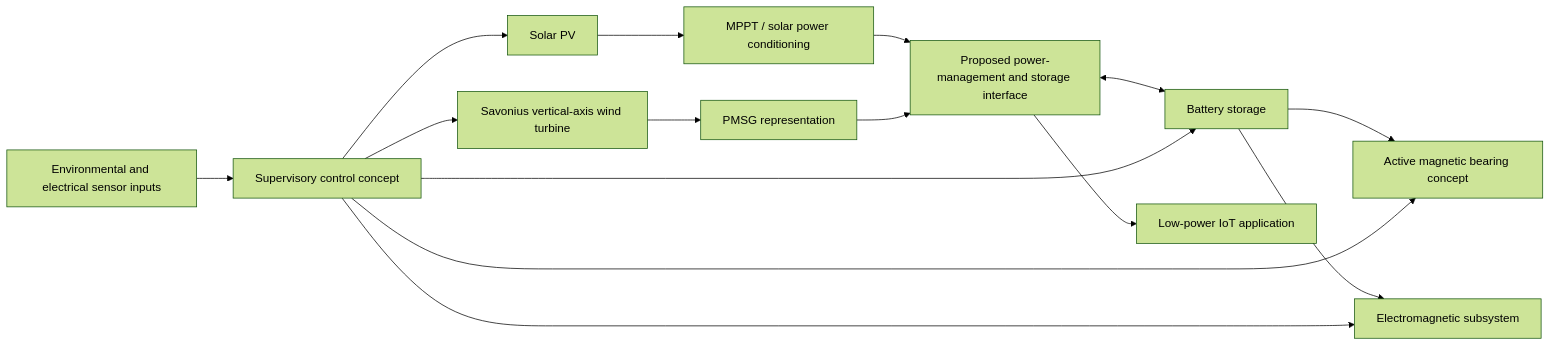
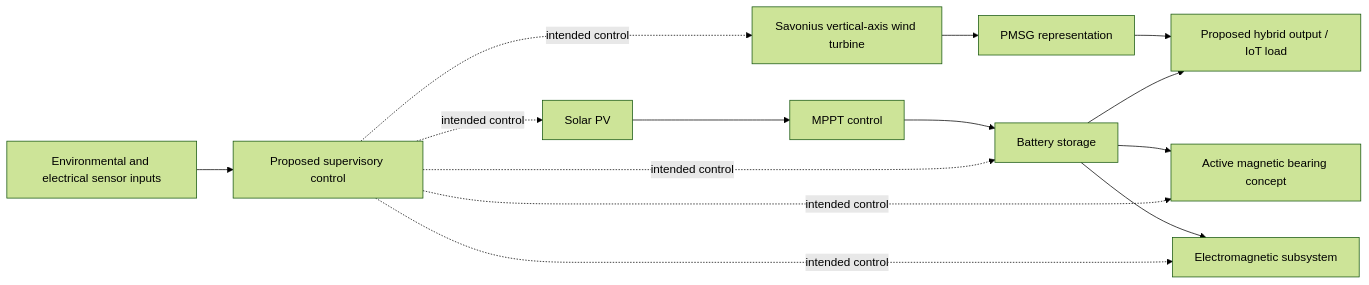
One commit to Anoop-Mathew-Johnson/low-power-hybrid-energy-system changed the diagram in Documentation/System_Architecture.md. Above: the diagram before and after it, drawn with Mermaid (forest theme). The commit also changed other lines of this file, not shown here.

Commit message:
Clarify conceptual architecture against dissertation

````diff
--- a/Documentation/System_Architecture.md
+++ b/Documentation/System_Architecture.md
@@ -5,17 +5,16 @@
 ```mermaid
 flowchart LR
-    PV[Solar PV] --> MPPT[MPPT / solar power conditioning]
-    MPPT --> BUS[Proposed power-management and storage interface]
+    PV[Solar PV] --> MPPT[MPPT control]
+    MPPT --> BAT[Battery storage]
     WIND[Savonius vertical-axis wind turbine] --> GEN[PMSG representation]
-    GEN --> BUS
-    BUS <--> BAT[Battery storage]
-    BUS --> LOAD[Low-power IoT application]
+    GEN --> OUT[Proposed hybrid output / IoT load]
+    BAT --> OUT
     BAT --> AMB[Active magnetic bearing concept]
     BAT --> EM[Electromagnetic subsystem]
-    SENS[Environmental and electrical sensor inputs] --> CTRL[Supervisory control concept]
-    CTRL --> PV
-    CTRL --> WIND
-    CTRL --> BAT
-    CTRL --> AMB
-    CTRL --> EM
+    SENS[Environmental and electrical sensor inputs] --> CTRL[Proposed supervisory control]
+    CTRL -. intended control .-> PV
+    CTRL -. intended control .-> WIND
+    CTRL -. intended control .-> BAT
+    CTRL -. intended control .-> AMB
+    CTRL -. intended control .-> EM
 ```
````
